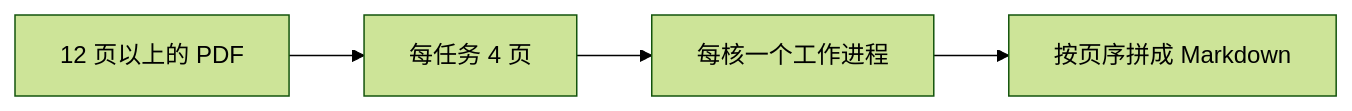
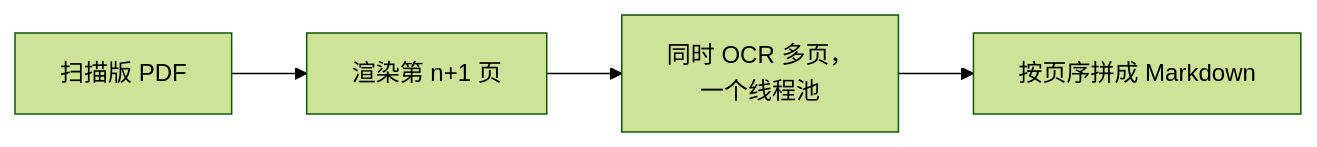
One commit to Ynewtime/markitai changed the first of 2 diagrams in website/zh/guide/performance.md. Above: the diagram before and after it, drawn with Mermaid (forest theme). The commit also changed other lines of this file and 38 other files, not shown here.

````diff
--- a/website/zh/guide/performance.md
+++ b/website/zh/guide/performance.md
@@ -10,4 +17,4 @@
 ```mermaid
 flowchart LR
-  P["12 页以上的 PDF"] --> T[每任务 4 页] --> W["每核一个工作进程"] --> M[按页序拼成 Markdown]
+  P["扫描版 PDF"] --> R[渲染第 n+1 页] --> O["同时 OCR 多页，<br/>一个线程池"] --> M[按页序拼成 Markdown]
 ```
````
